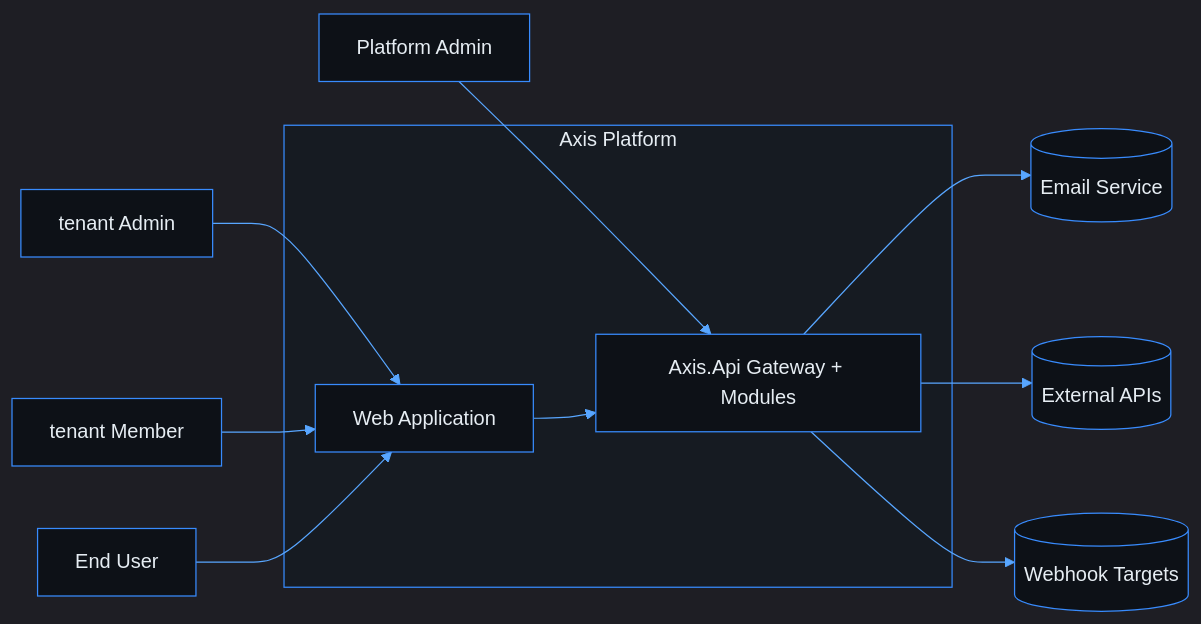
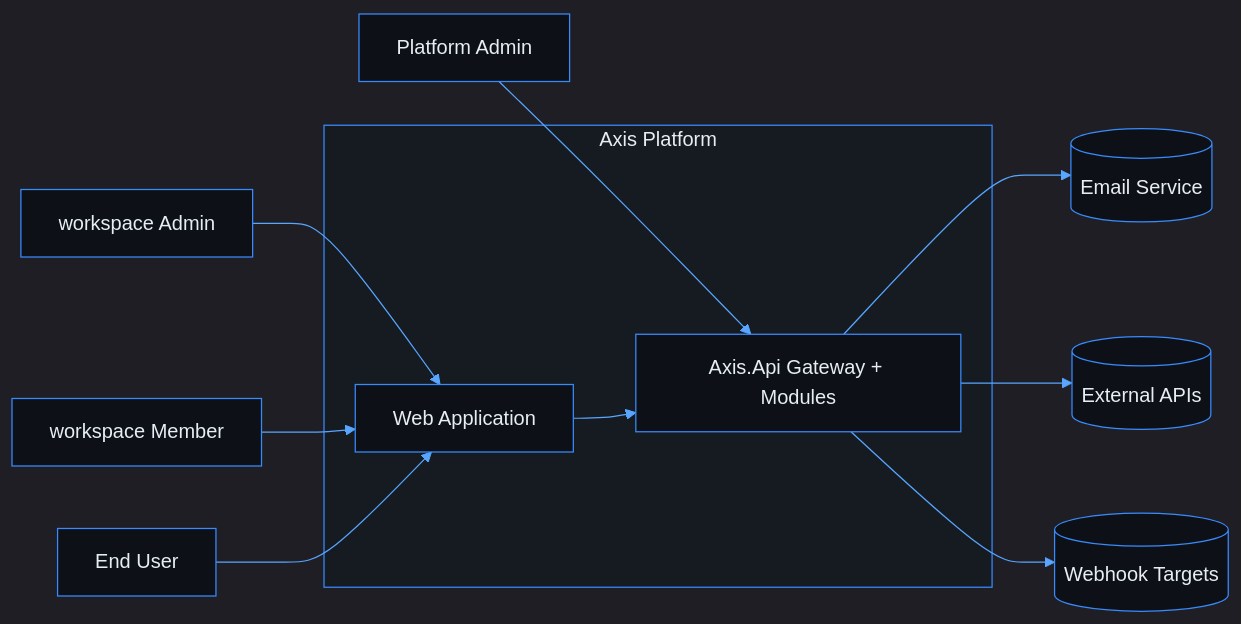
Before and after one commit to phuongnse/axis: the first of 3 diagrams in docs/README.md, drawn with Mermaid. The commit also changed other lines of this file and 1057 other files, not shown here.

````diff
--- a/docs/README.md
+++ b/docs/README.md
@@ -72,26 +72,26 @@
 ```mermaid
 %%{init: {'theme':'dark','themeVariables':{'background':'#0d1117','mainBkg':'#0d1117','primaryColor':'#161b22','primaryBorderColor':'#388bfd','primaryTextColor':'#e6edf3','secondaryColor':'#21262d','secondaryBorderColor':'#388bfd','secondaryTextColor':'#e6edf3','tertiaryColor':'#161b22','tertiaryTextColor':'#e6edf3','lineColor':'#58a6ff','textColor':'#e6edf3','nodeBorder':'#388bfd','clusterBkg':'#161b22','clusterBorder':'#388bfd','titleColor':'#e6edf3','edgeLabelBackground':'#161b22','actorBkg':'#161b22','actorBorder':'#388bfd','actorTextColor':'#e6edf3','signalColor':'#58a6ff','labelBoxBkgColor':'#161b22','labelBoxBorderColor':'#388bfd','noteBkgColor':'#161b22','noteBorderColor':'#388bfd','noteTextColor':'#c9d1d9','activationBkgColor':'#30363d'}}}%%
 flowchart LR
   PA[Platform Admin]
-  OA[tenant Admin]
-  OM[tenant Member]
+  OA[workspace Admin]
+  OM[workspace Member]
   EU[End User]
 
   subgraph Axis["Axis Platform"]
     SPA[Web Application]
     API[Axis.Api Gateway + Modules]
   end
 
   Email[(Email Service)]
   ExtAPI[(External APIs)]
   Webhook[(Webhook Targets)]
 
   PA --> API
   OA --> SPA
   OM --> SPA
   EU --> SPA
   SPA --> API
   API --> Email
   API --> ExtAPI
   API --> Webhook
 ```
````
